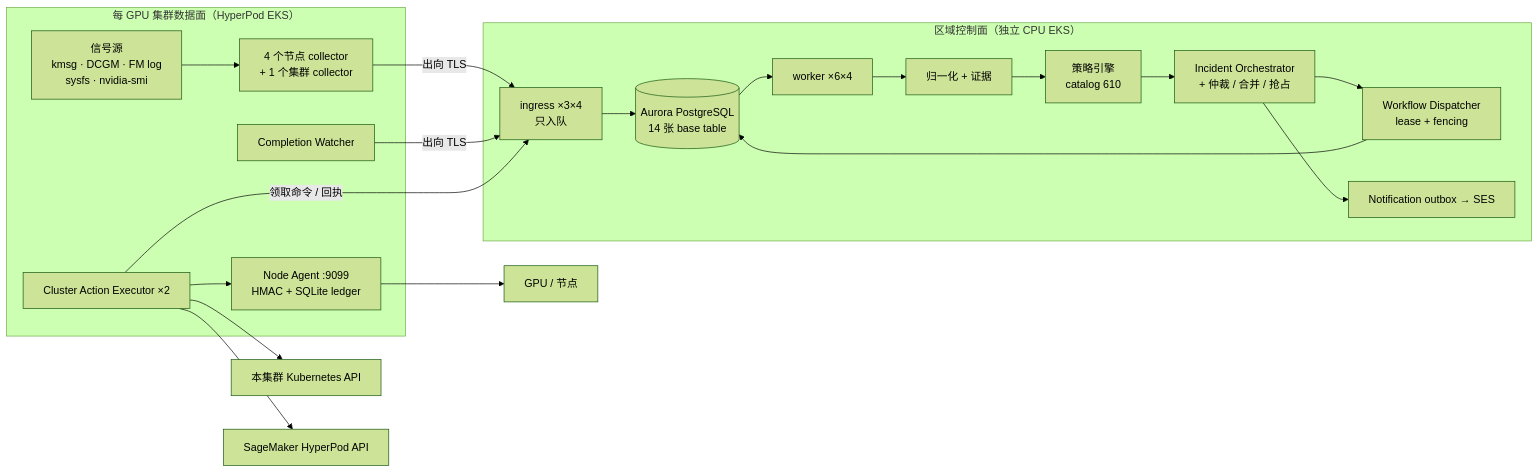
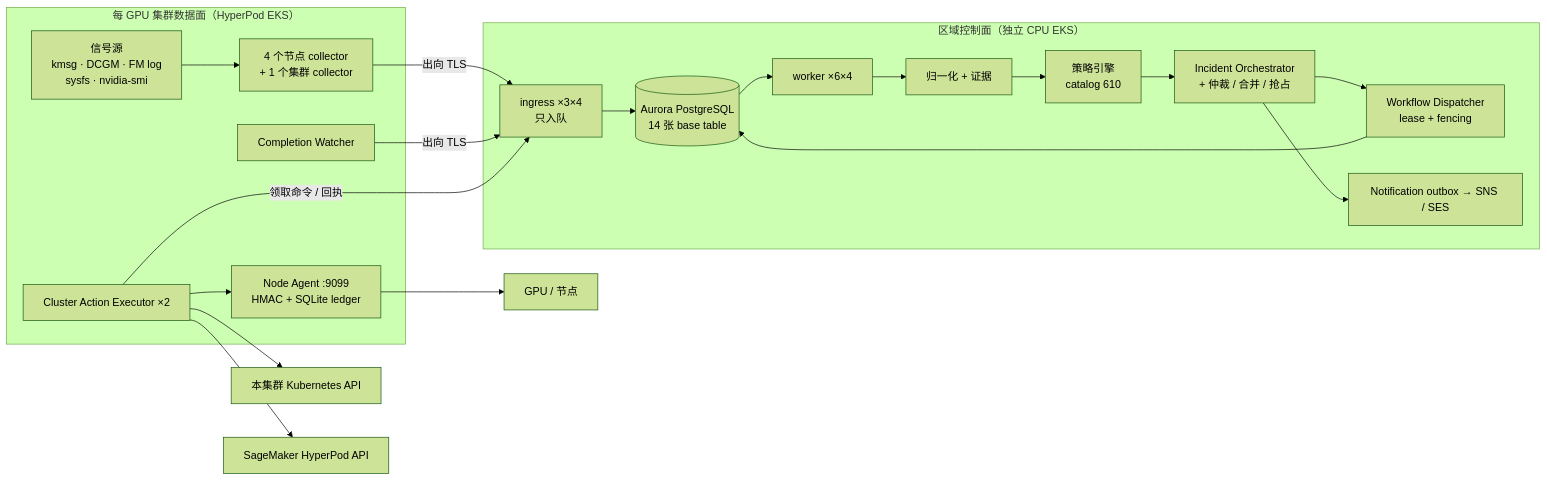
Before and after one commit to yuhuiaws/GPU-Fault-Recovery-System: the third of 5 diagrams in docs/概要设计-v2.md, drawn with Mermaid (forest theme). The commit also changed other lines of this file and 2461 other files, not shown here.

````diff
--- a/docs/概要设计-v2.md
+++ b/docs/概要设计-v2.md
@@ -264,35 +265,35 @@
 ```mermaid
 flowchart LR
     subgraph DP["每 GPU 集群数据面（HyperPod EKS）"]
         SRC["信号源<br/>kmsg · DCGM · FM log<br/>sysfs · nvidia-smi"]
         COL["4 个节点 collector<br/>+ 1 个集群 collector"]
         WCH["Completion Watcher"]
         EXE["Cluster Action Executor ×2"]
         AGT["Node Agent :9099<br/>HMAC + SQLite ledger"]
         SRC --> COL
     end
 
     subgraph CP["区域控制面（独立 CPU EKS）"]
         ING["ingress ×3×4<br/>只入队"]
         AUR[("Aurora PostgreSQL<br/>14 张 base table")]
         WRK["worker ×6×4"]
         NRM["归一化 + 证据"]
         POL["策略引擎<br/>catalog 610"]
         ORC["Incident Orchestrator<br/>+ 仲裁 / 合并 / 抢占"]
         DSP["Workflow Dispatcher<br/>lease + fencing"]
-        NTF["Notification outbox → SES"]
+        NTF["Notification outbox → SNS / SES"]
         ING --> AUR
         AUR --> WRK
         WRK --> NRM --> POL --> ORC --> DSP
         ORC --> NTF
         DSP --> AUR
     end
 
     COL -- "出向 TLS" --> ING
     WCH -- "出向 TLS" --> ING
     EXE -- "领取命令 / 回执" --> ING
     EXE --> KAPI["本集群 Kubernetes API"]
     EXE --> AGT
     EXE --> HPAPI["SageMaker HyperPod API"]
     AGT --> GPUDEV["GPU / 节点"]
 ```
````
